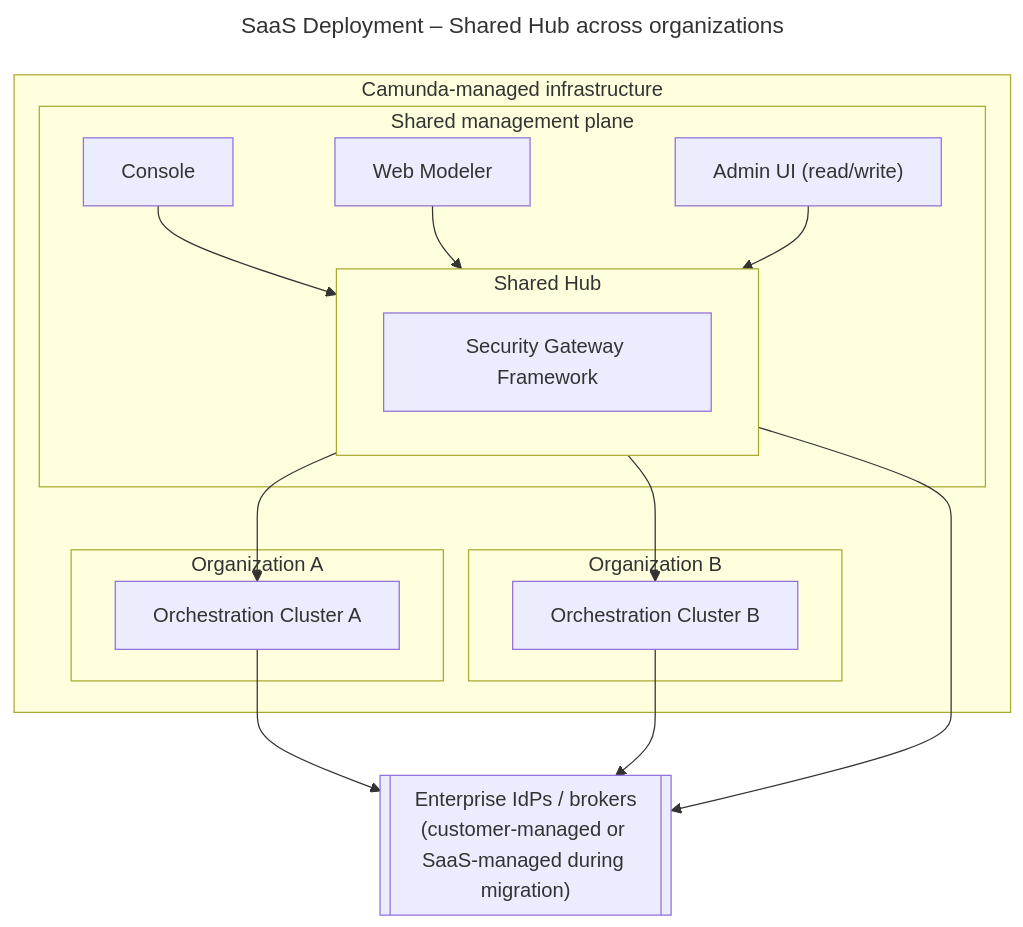
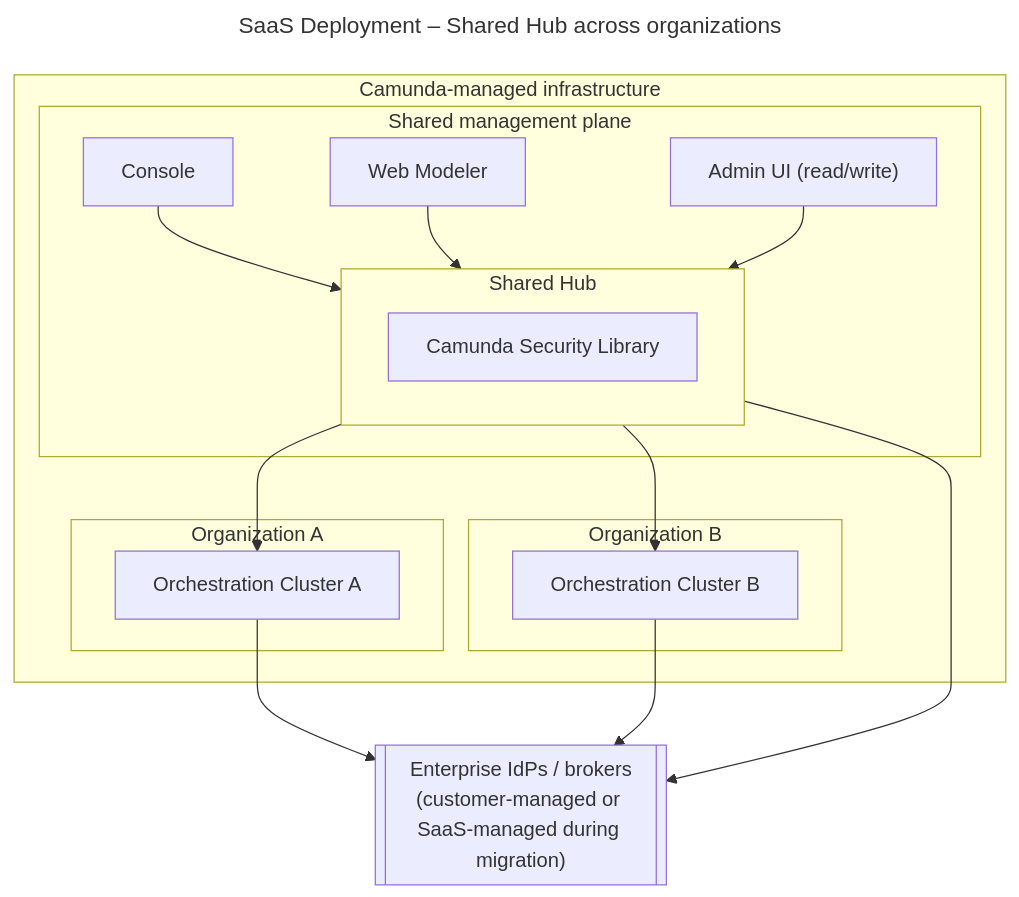
Diagram 22 of 22 in docs/architecture_docs.md (camunda/camunda-security-library), drawn with Mermaid before and after one commit. The commit also changed other lines of this file and 6 other files, not shown here.

````diff
--- a/docs/architecture_docs.md
+++ b/docs/architecture_docs.md
@@ -1826,33 +1824,33 @@
 ```mermaid
 ---
 title: SaaS Deployment – Shared Hub across organizations
 ---
 flowchart TB
   subgraph Camunda["Camunda-managed infrastructure"]
     subgraph SharedMgmt["Shared management plane"]
       Console["Console"]
       WebModeler["Web Modeler"]
       AdminHub["Admin UI (read/write)"]
 
       subgraph Hub["Shared Hub"]
-        SecGatHub["Security Gateway Framework"]
+        SecGatHub["Camunda Security Library"]
       end
 
       Console & WebModeler & AdminHub --> Hub
     end
 
     subgraph OrgA["Organization A"]
       OCA["Orchestration Cluster A"]
     end
 
     subgraph OrgB["Organization B"]
       OCB["Orchestration Cluster B"]
     end
 
     Hub --> OCA
     Hub --> OCB
   end
 
   EnterpriseIdP[["Enterprise IdPs / brokers</br>(customer-managed or SaaS-managed during migration)"]]
   Hub & OCA & OCB --> EnterpriseIdP
 ```
````
